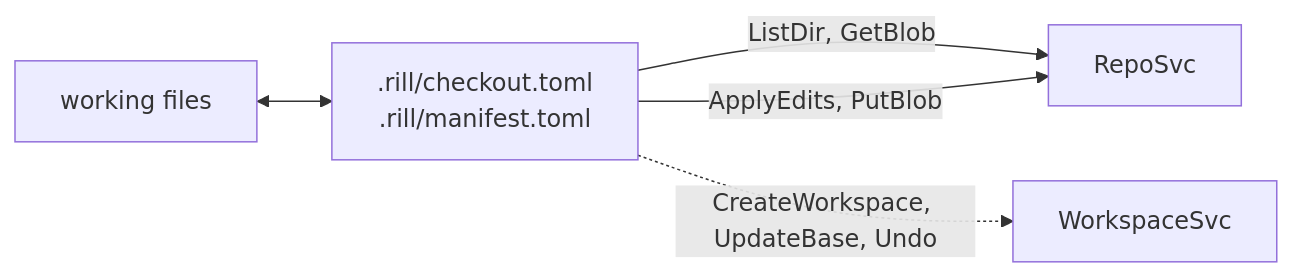
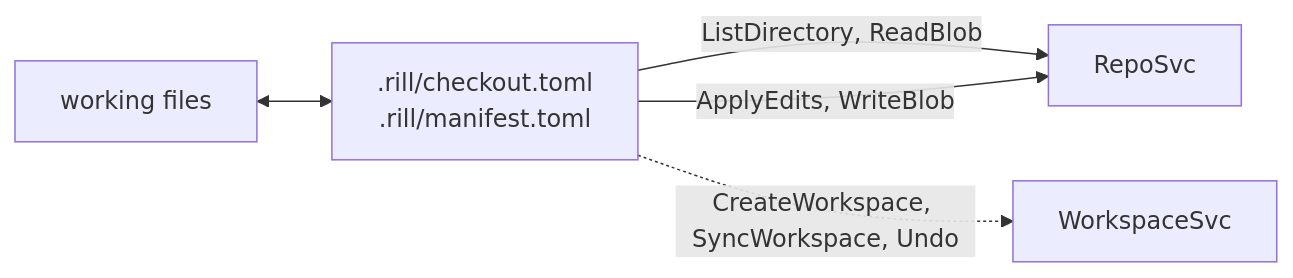
One commit to envoy1084/rill changed the first of 2 diagrams in architecture/04-workflow/checkouts.md. Above: the diagram before and after it, drawn with Mermaid. The commit also changed other lines of this file and 329 other files, not shown here.

````diff
--- a/architecture/04-workflow/checkouts.md
+++ b/architecture/04-workflow/checkouts.md
@@ -10,7 +10,7 @@
 ```mermaid
 flowchart LR
     FS[working files] <--> CO[".rill/checkout.toml<br/>.rill/manifest.toml"]
-    CO -->|ListDir, GetBlob| R[RepoSvc]
-    CO -->|ApplyEdits, PutBlob| R
-    CO -.->|CreateWorkspace, UpdateBase, Undo| W[WorkspaceSvc]
+    CO -->|ListDirectory, ReadBlob| R[RepoSvc]
+    CO -->|ApplyEdits, WriteBlob| R
+    CO -.->|CreateWorkspace, SyncWorkspace, Undo| W[WorkspaceSvc]
 ```
````
